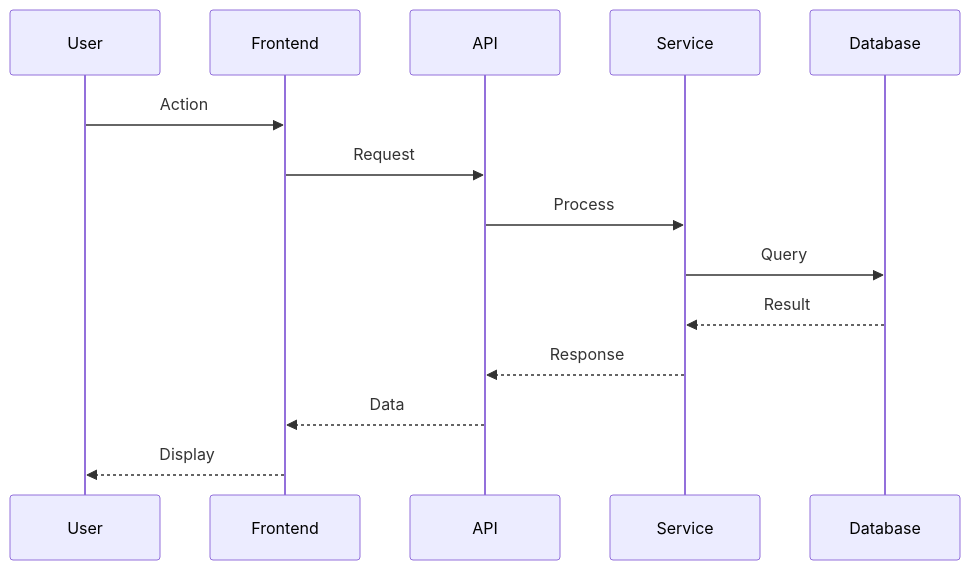
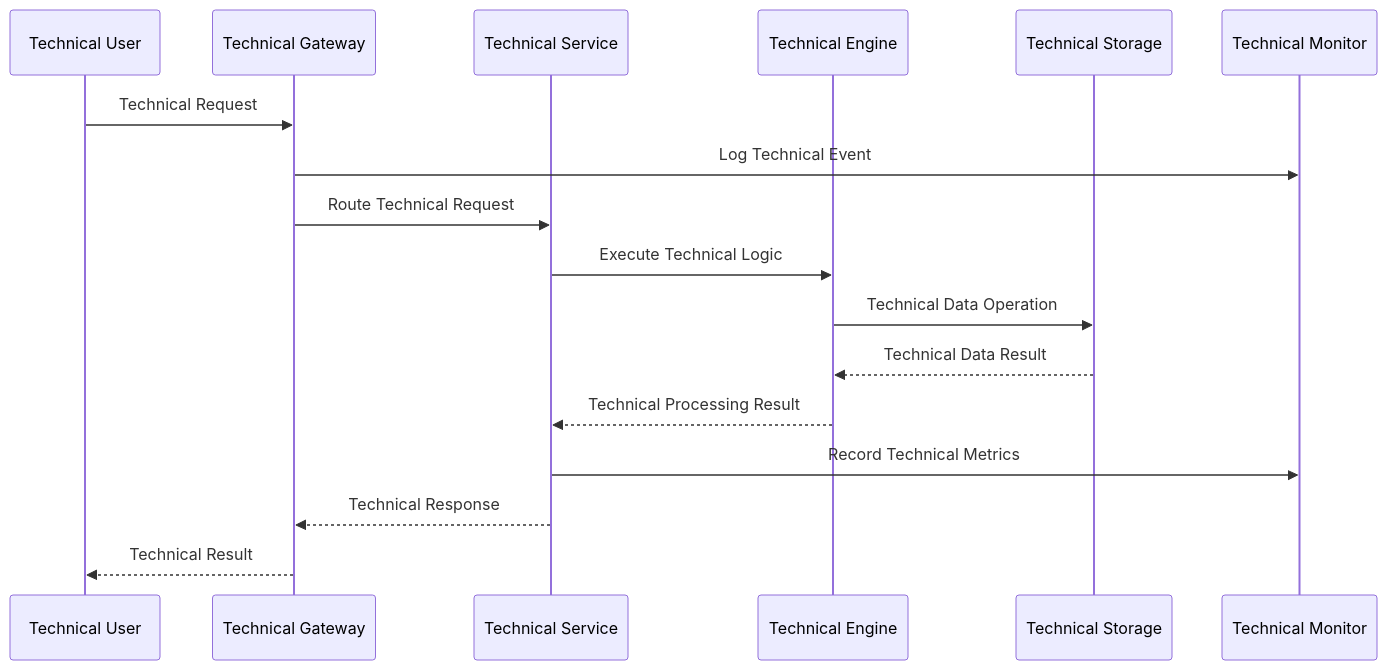
Before and after one commit to xincheng213618/OpenDeepWiki: the third of 8 diagrams in src/KoalaWiki/Prompts/Warehouse/GenerateDocs.md, drawn with Mermaid. The commit also changed other lines of this file and 4 other files, not shown here.

````diff
--- a/src/KoalaWiki/Prompts/Warehouse/GenerateDocs.md
+++ b/src/KoalaWiki/Prompts/Warehouse/GenerateDocs.md
@@ -223,17 +308,20 @@
 ```mermaid
 sequenceDiagram
-    participant User
-    participant Frontend
-    participant API
-    participant Service
-    participant Database
+    participant User as Technical User
+    participant Gateway as Technical Gateway
+    participant Service as Technical Service
+    participant Engine as Technical Engine
+    participant Storage as Technical Storage
+    participant Monitor as Technical Monitor
     
-    User->>Frontend: Action
-    Frontend->>API: Request
-    API->>Service: Process
-    Service->>Database: Query
-    Database-->>Service: Result
-    Service-->>API: Response
-    API-->>Frontend: Data
-    Frontend-->>User: Display
+    User->>Gateway: Technical Request
+    Gateway->>Monitor: Log Technical Event
+    Gateway->>Service: Route Technical Request
+    Service->>Engine: Execute Technical Logic
+    Engine->>Storage: Technical Data Operation
+    Storage-->>Engine: Technical Data Result
+    Engine-->>Service: Technical Processing Result
+    Service->>Monitor: Record Technical Metrics
+    Service-->>Gateway: Technical Response
+    Gateway-->>User: Technical Result
 ```
````
